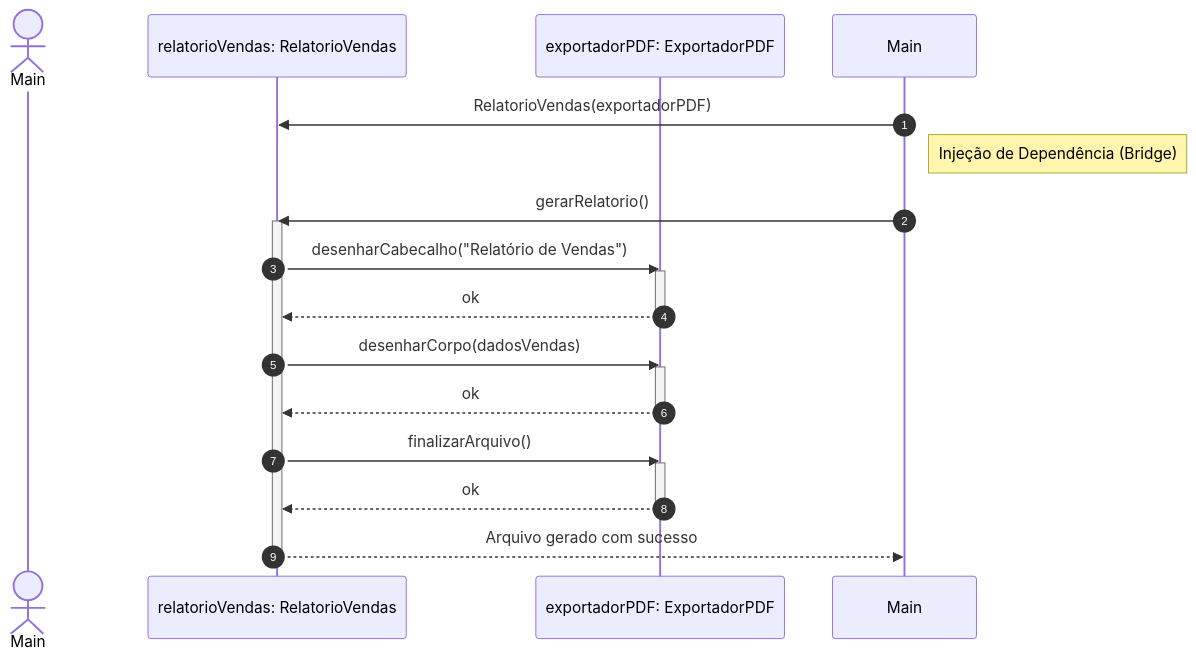
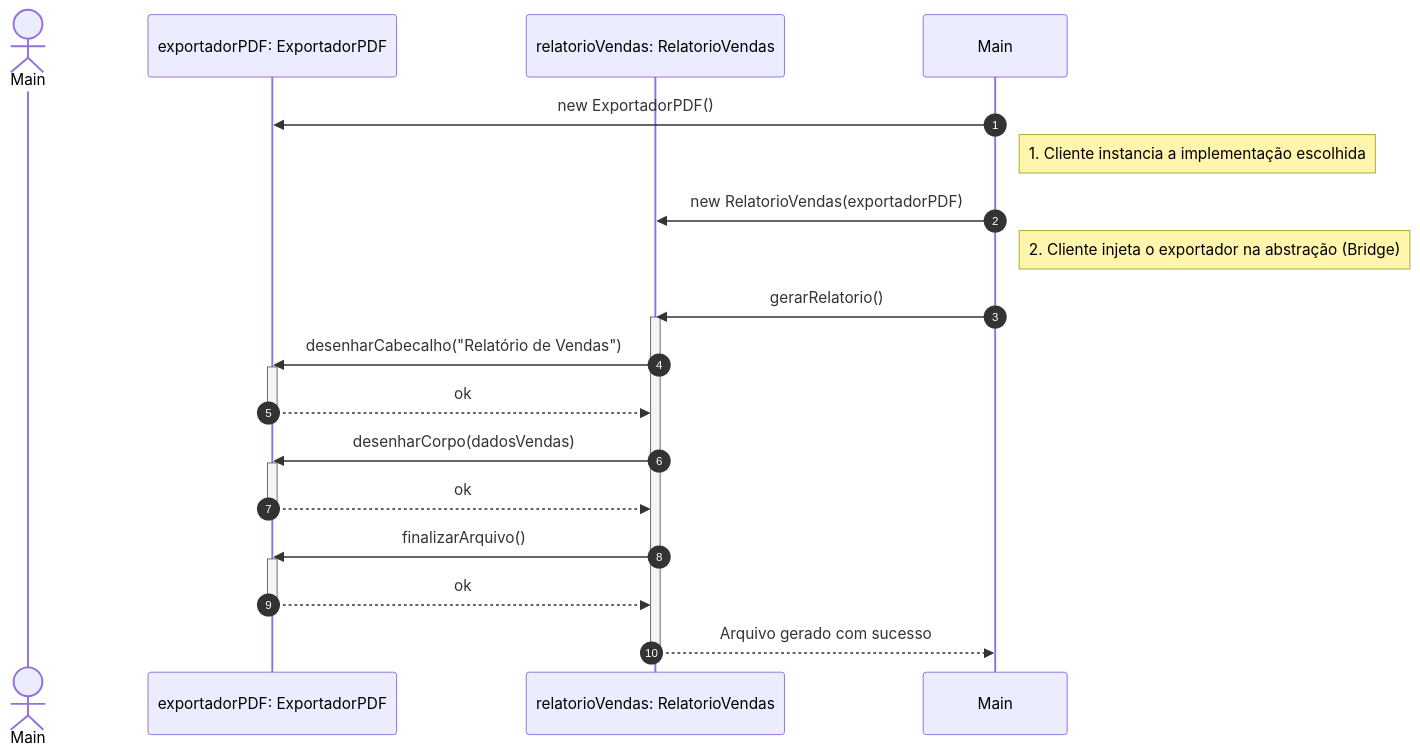
One commit to Bia-Novais/Bridge changed the second of 2 diagrams in README.md. Above: the diagram before and after it, drawn with Mermaid.

````diff
--- a/README.md
+++ b/README.md
@@ -101,31 +101,34 @@
 ```mermaid
 sequenceDiagram
     autonumber
     actor Cliente as Main
+    participant Exp as exportadorPDF: ExportadorPDF
     participant Rel as relatorioVendas: RelatorioVendas
-    participant Exp as exportadorPDF: ExportadorPDF
 
-    Main->>Rel: RelatorioVendas(exportadorPDF)
-    Note right of Main: Injeção de Dependência (Bridge)
+    Main->>Exp: new ExportadorPDF()
+    Note right of Main: 1. Cliente instancia a implementação escolhida
+
+    Main->>Rel: new RelatorioVendas(exportadorPDF)
+    Note right of Main: 2. Cliente injeta o exportador na abstração (Bridge)
     
     Main->>Rel: gerarRelatorio()
     activate Rel
     
     Rel->>Exp: desenharCabecalho("Relatório de Vendas")
     activate Exp
     Exp-->>Rel: ok
     deactivate Exp
     
     Rel->>Exp: desenharCorpo(dadosVendas)
     activate Exp
     Exp-->>Rel: ok
     deactivate Exp
     
     Rel->>Exp: finalizarArquivo()
     activate Exp
     Exp-->>Rel: ok
     deactivate Exp
     
     Rel-->>Main: Arquivo gerado com sucesso
     deactivate Rel
 ```
````
